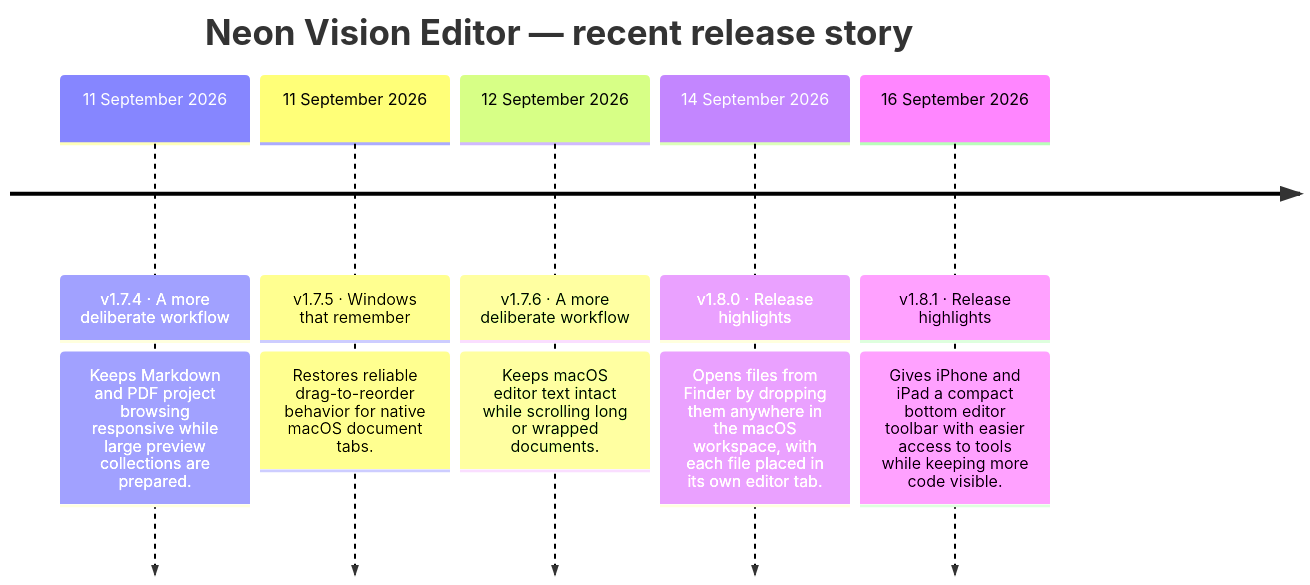
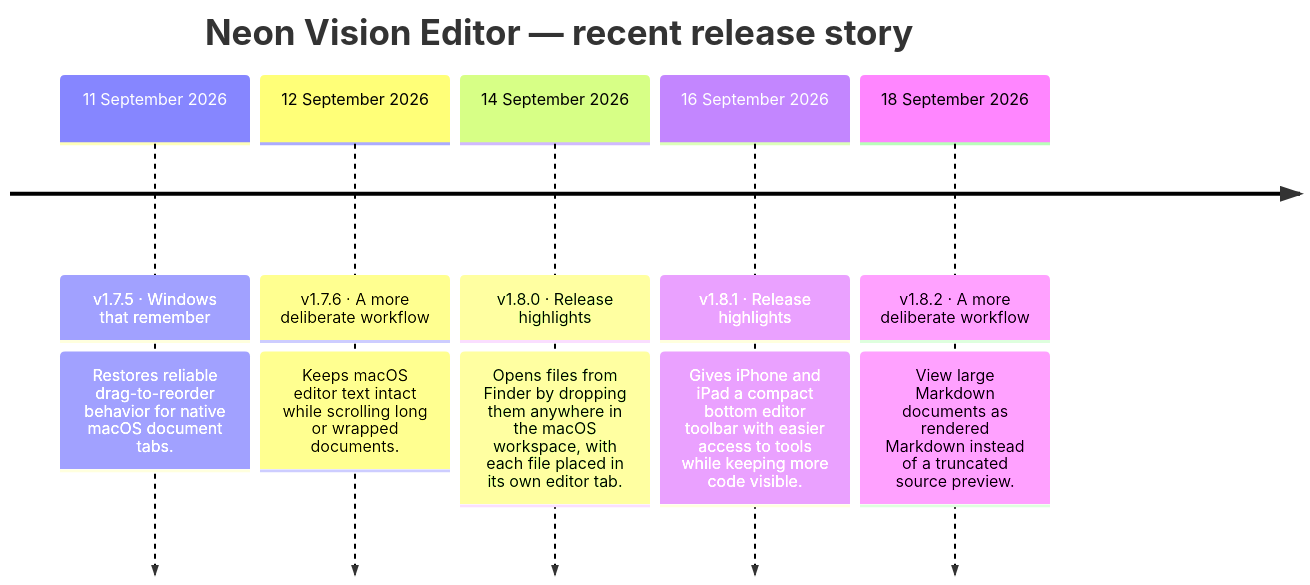
The diagram in README.md (h3pdesign/Neon-Vision-Editor), drawn with Mermaid before and after one commit. The commit also changed other lines of this file and 9 other files, not shown here.

````diff
--- a/README.md
+++ b/README.md
@@ -766,14 +761,14 @@
 ```mermaid
 timeline
     title Neon Vision Editor — recent release story
-    11 September 2026 : v1.7.4 · A more deliberate workflow
-                : Keeps Markdown and PDF project browsing responsive while large preview collections are prepared.
     11 September 2026 : v1.7.5 · Windows that remember
                 : Restores reliable drag-to-reorder behavior for native macOS document tabs.
     12 September 2026 : v1.7.6 · A more deliberate workflow
                 : Keeps macOS editor text intact while scrolling long or wrapped documents.
     14 September 2026 : v1.8.0 · Release highlights
                 : Opens files from Finder by dropping them anywhere in the macOS workspace, with each file placed in its own editor tab.
     16 September 2026 : v1.8.1 · Release highlights
                 : Gives iPhone and iPad a compact bottom editor toolbar with easier access to tools while keeping more code visible.
+    18 September 2026 : v1.8.2 · A more deliberate workflow
+                : View large Markdown documents as rendered Markdown instead of a truncated source preview.
 ```
````
